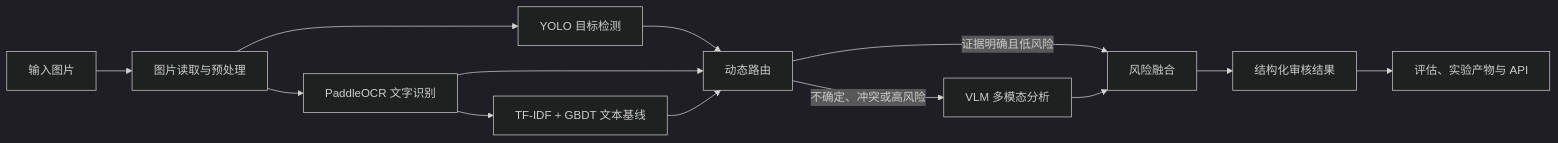
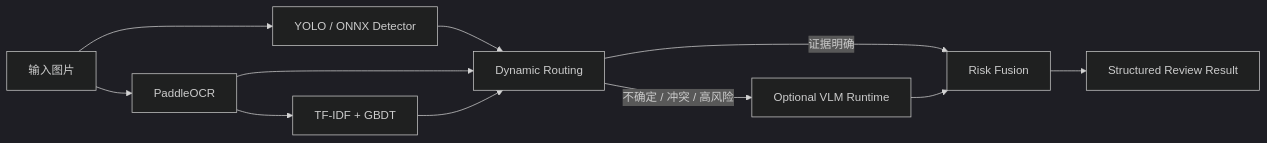
One commit to qdjia/VisionGuard changed the diagram in README.md. Above: the diagram before and after it, drawn with Mermaid (dark theme). The commit also changed other lines of this file and 32 other files, not shown here.

````diff
--- a/README.md
+++ b/README.md
@@ -97,15 +66,13 @@
 ```mermaid
 flowchart LR
-    I[输入图片] --> P[图片读取与预处理]
-    P --> D[YOLO 目标检测]
-    P --> O[PaddleOCR 文字识别]
-    O --> B[TF-IDF + GBDT 文本基线]
-    D --> R[动态路由]
+    I[输入图片] --> D[YOLO / ONNX Detector]
+    I --> O[PaddleOCR]
+    O --> B[TF-IDF + GBDT]
+    D --> R[Dynamic Routing]
     O --> R
     B --> R
-    R -->|证据明确且低风险| F[风险融合]
-    R -->|不确定、冲突或高风险| V[VLM 多模态分析]
+    R -->|证据明确| F[Risk Fusion]
+    R -->|不确定 / 冲突 / 高风险| V[Optional VLM Runtime]
     V --> F
-    F --> J[结构化审核结果]
-    J --> A[评估、实验产物与 API]
+    F --> J[Structured Review Result]
 ```
````
